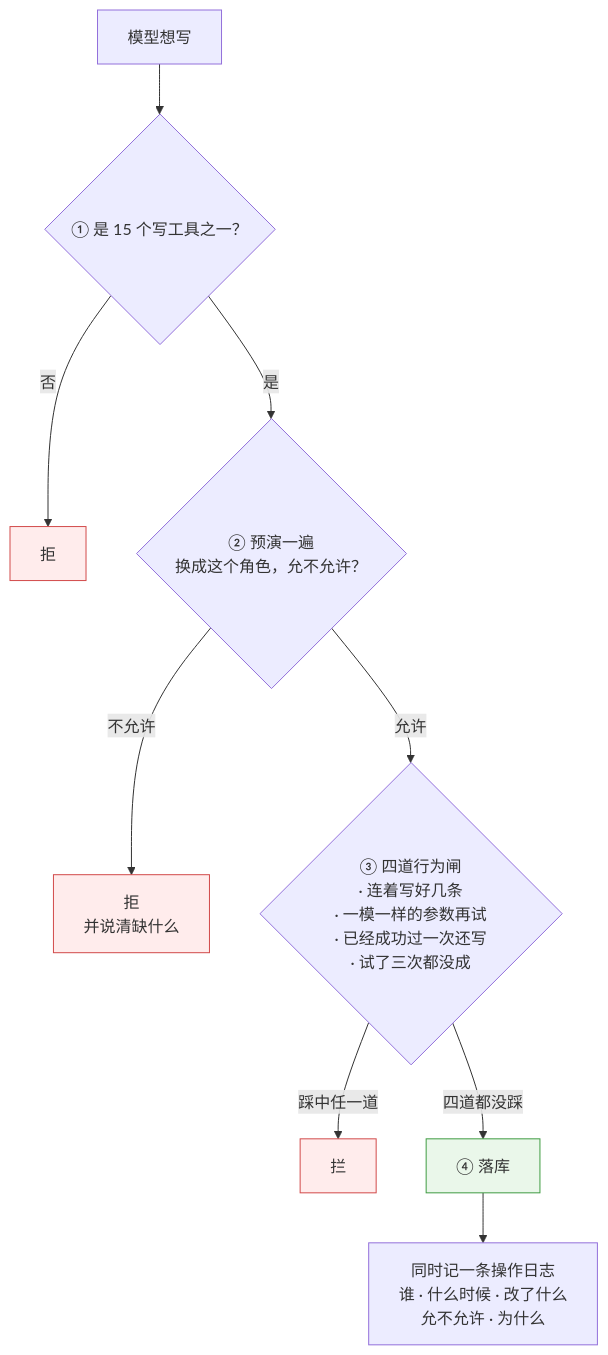
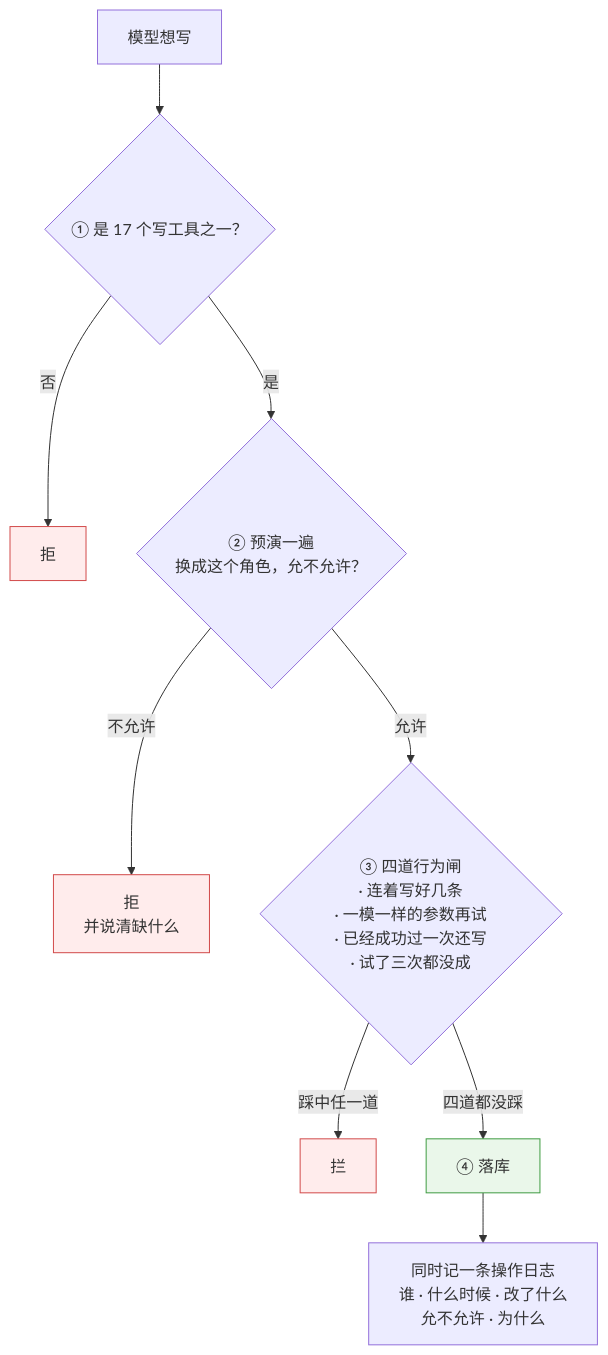
Before and after one commit to 843773296-rgb/lanxiu-yunshang-agent: the second of 3 diagrams in 澜绣云裳agent-产品说明.md, drawn with Mermaid. The commit also changed other lines of this file and 17 other files, not shown here.

````diff
--- a/澜绣云裳agent-产品说明.md
+++ b/澜绣云裳agent-产品说明.md
@@ -268,16 +268,16 @@
 ```mermaid
 flowchart TD
-    A["模型想写"] --> B{"① 是 15 个写工具之一？"}
+    A["模型想写"] --> B{"① 是 17 个写工具之一？"}
     B -- 否 --> X1["拒"]
     B -- 是 --> C{"② 预演一遍<br/>换成这个角色，允不允许？"}
     C -- 不允许 --> X2["拒<br/>并说清缺什么"]
     C -- 允许 --> D{"③ 四道行为闸<br/>· 连着写好几条<br/>· 一模一样的参数再试<br/>· 已经成功过一次还写<br/>· 试了三次都没成"}
     D -- "踩中任一道" --> X3["拦"]
     D -- "四道都没踩" --> E["④ 落库"]
     E --> F["同时记一条操作日志<br/>谁 · 什么时候 · 改了什么<br/>允不允许 · 为什么"]
 
     style X1 fill:#ffecec,stroke:#d24a4a
     style X2 fill:#ffecec,stroke:#d24a4a
     style X3 fill:#ffecec,stroke:#d24a4a
     style E fill:#eaf7ea,stroke:#3f9c42
 ```
````
